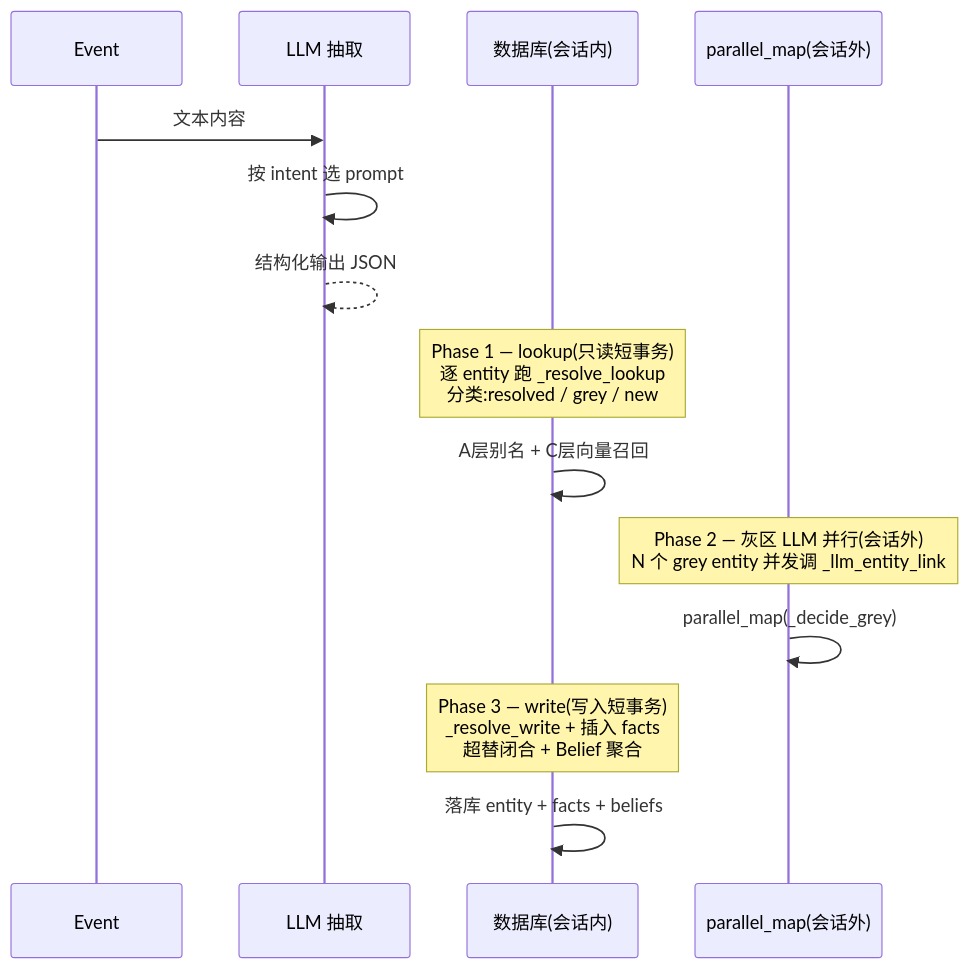
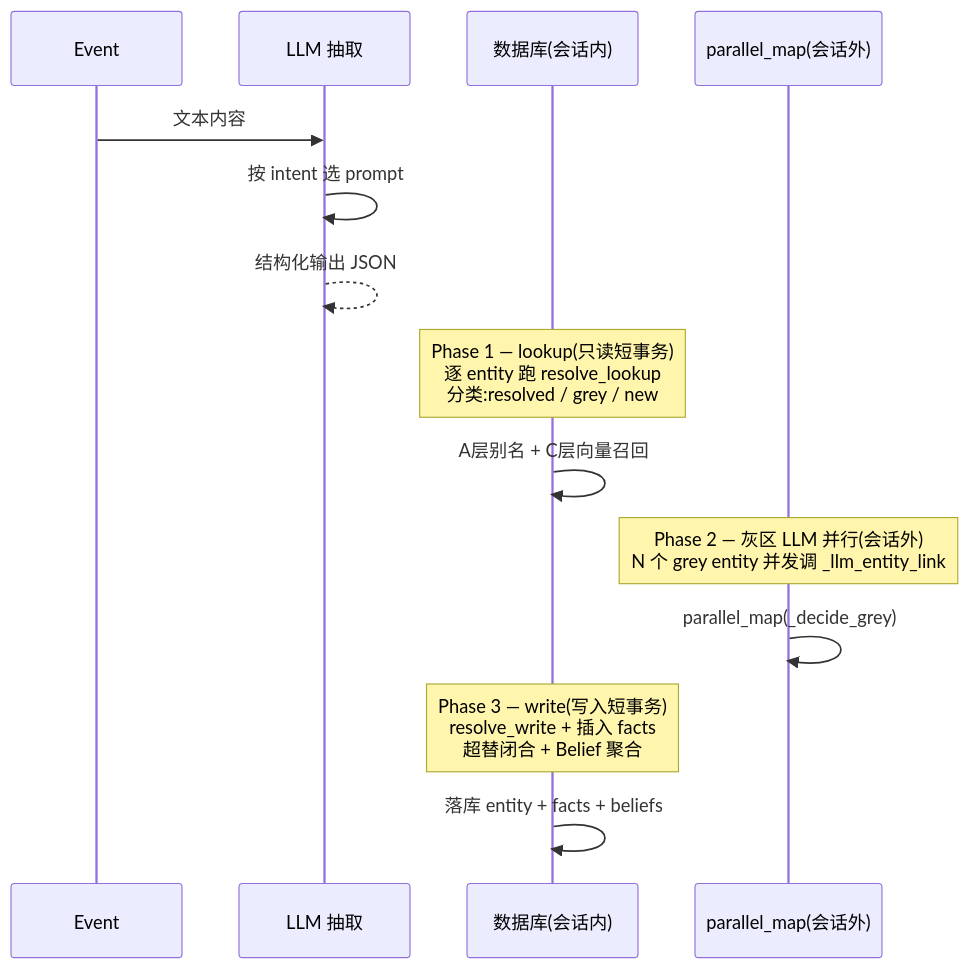
One commit to pty819/cortex-py-book changed the second of 4 diagrams in source/chapters/04-extraction-pipeline.md. Above: the diagram before and after it, drawn with Mermaid. The commit also changed other lines of this file and 27 other files, not shown here.

````diff
--- a/source/chapters/04-extraction-pipeline.md
+++ b/source/chapters/04-extraction-pipeline.md
@@ -354,20 +367,20 @@
 ```{mermaid}
 sequenceDiagram
     participant E as Event
     participant LLM as LLM 抽取
     participant DB as 数据库(会话内)
     participant PL as parallel_map(会话外)
 
     E->>LLM: 文本内容
     LLM->>LLM: 按 intent 选 prompt
     LLM-->>LLM: 结构化输出 JSON
 
-    Note over DB: Phase 1 — lookup(只读短事务)<br/>逐 entity 跑 _resolve_lookup<br/>分类:resolved / grey / new
+    Note over DB: Phase 1 — lookup(只读短事务)<br/>逐 entity 跑 resolve_lookup<br/>分类:resolved / grey / new
     DB->>DB: A层别名 + C层向量召回
 
     Note over PL: Phase 2 — 灰区 LLM 并行(会话外)<br/>N 个 grey entity 并发调 _llm_entity_link
     PL->>PL: parallel_map(_decide_grey)
 
-    Note over DB: Phase 3 — write(写入短事务)<br/>_resolve_write + 插入 facts<br/>超替闭合 + Belief 聚合
+    Note over DB: Phase 3 — write(写入短事务)<br/>resolve_write + 插入 facts<br/>超替闭合 + Belief 聚合
     DB->>DB: 落库 entity + facts + beliefs
 ```
````
